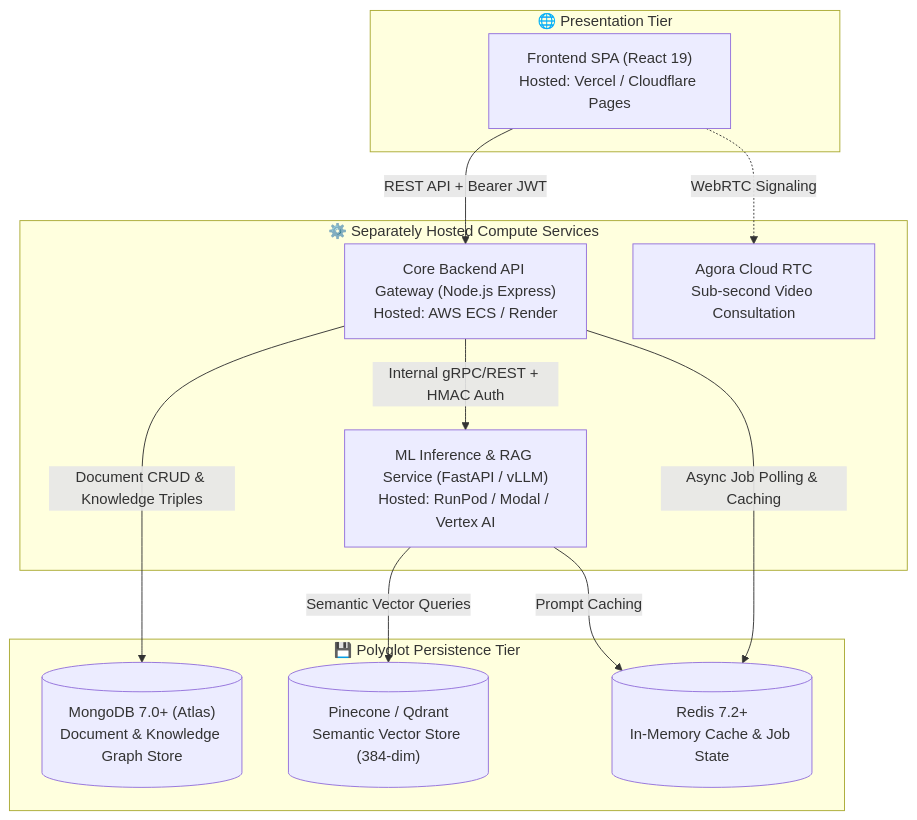
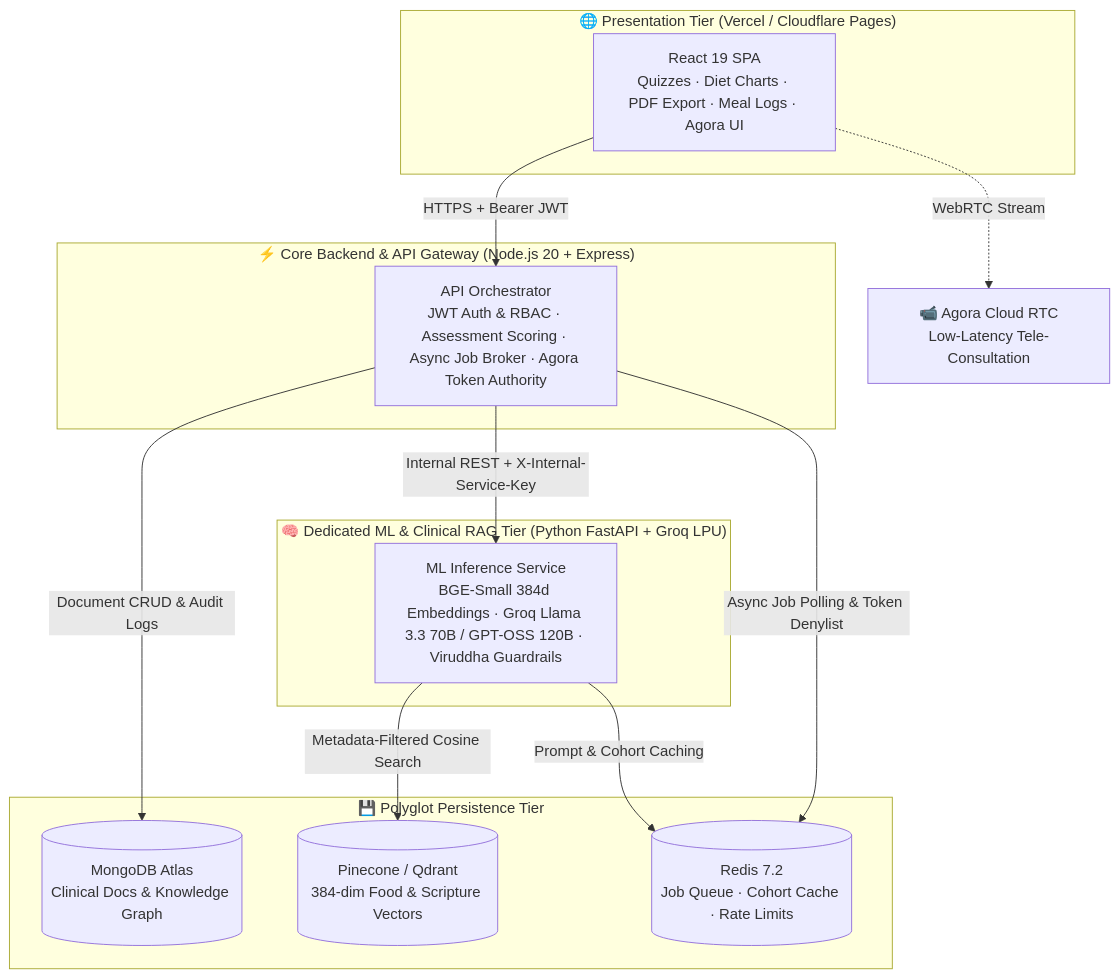
One commit to rajgupta04/Ayurvarta changed the diagram in README.md. Above: the diagram before and after it, drawn with Mermaid. The commit also changed other lines of this file and 19 other files, not shown here.

Commit message:
feat: initialize project documentation, frontend spa components, and python ml inference service

````diff
--- a/README.md
+++ b/README.md
@@ -13,26 +45,30 @@
 ```mermaid
 flowchart TD
-    subgraph ClientTier["🌐 Presentation Tier"]
-        FE["Frontend SPA (React 19)<br/>Hosted: Vercel / Cloudflare Pages"]
+    subgraph ClientTier["🌐 Presentation Tier (Vercel / Cloudflare Pages)"]
+        FE["React 19 SPA<br/>Quizzes · Diet Charts · PDF Export · Meal Logs · Agora UI"]
     end
 
-    subgraph ServiceTier["⚙️ Separately Hosted Compute Services"]
-        Backend["Core Backend API Gateway (Node.js Express)<br/>Hosted: AWS ECS / Render"]
-        MLService["ML Inference & RAG Service (FastAPI / vLLM)<br/>Hosted: RunPod / Modal / Vertex AI"]
-        Agora["Agora Cloud RTC<br/>Sub-second Video Consultation"]
+    subgraph GatewayTier["⚡ Core Backend & API Gateway (Node.js 20 + Express)"]
+        BE["API Orchestrator<br/>JWT Auth & RBAC · Assessment Scoring · Async Job Broker · Agora Token Authority"]
+    end
+
+    subgraph AITier["🧠 Dedicated ML & Clinical RAG Tier (Python FastAPI + Groq LPU)"]
+        ML["ML Inference Service<br/>BGE-Small 384d Embeddings · Groq Llama 3.3 70B / GPT-OSS 120B · Viruddha Guardrails"]
     end
 
     subgraph PolyglotTier["💾 Polyglot Persistence Tier"]
-        MongoDB[("MongoDB 7.0+ (Atlas)<br/>Document & Knowledge Graph Store")]
-        Pinecone[("Pinecone / Qdrant<br/>Semantic Vector Store (384-dim)")]
-        Redis[("Redis 7.2+<br/>In-Memory Cache & Job State")]
+        MG[("MongoDB Atlas<br/>Clinical Docs & Knowledge Graph")]
+        VDB[("Pinecone / Qdrant<br/>384-dim Food & Scripture Vectors")]
+        RD[("Redis 7.2<br/>Job Queue · Cohort Cache · Rate Limits")]
     end
 
-    FE -->|REST API + Bearer JWT| Backend
-    FE -.->|WebRTC Signaling| Agora
-    Backend -->|Document CRUD & Knowledge Triples| MongoDB
-    Backend -->|Async Job Polling & Caching| Redis
-    Backend -->|Internal gRPC/REST + HMAC Auth| MLService
-    MLService -->|Semantic Vector Queries| Pinecone
-    MLService -->|Prompt Caching| Redis
+    Agora["📹 Agora Cloud RTC<br/>Low-Latency Tele-Consultation"]
+
+    FE -->|"HTTPS + Bearer JWT"| BE
+    FE -.->|"WebRTC Stream"| Agora
+    BE -->|"Document CRUD & Audit Logs"| MG
+    BE -->|"Async Job Polling & Token Denylist"| RD
+    BE -->|"Internal REST + X-Internal-Service-Key"| ML
+    ML -->|"Metadata-Filtered Cosine Search"| VDB
+    ML -->|"Prompt & Cohort Caching"| RD
 ```
````
